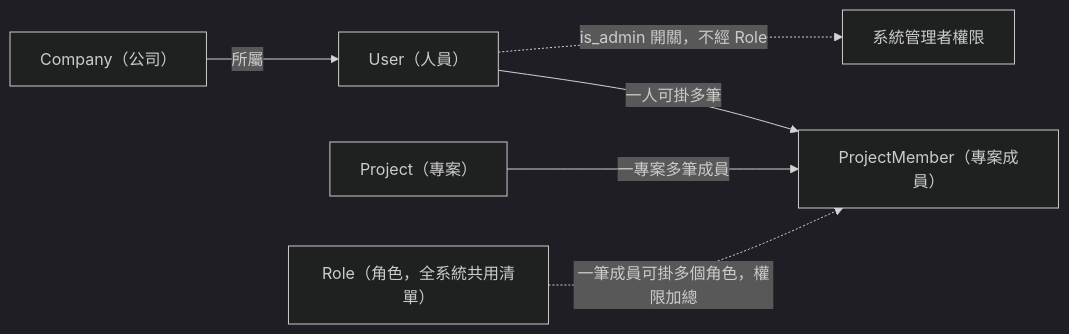
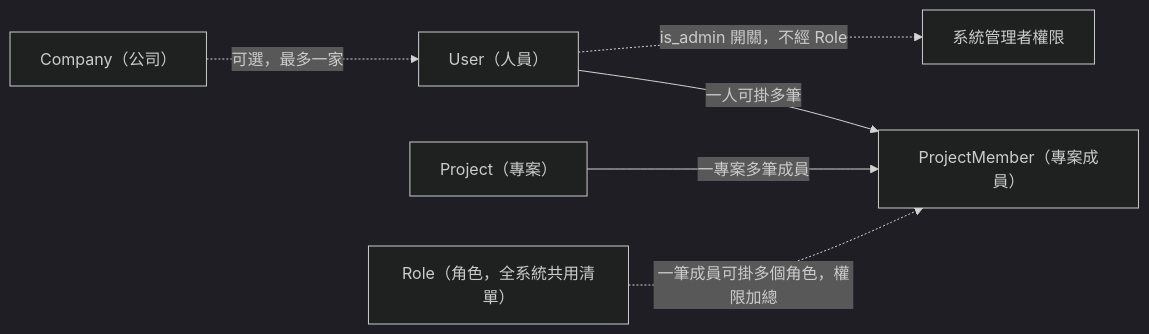
Before and after one commit to speko-tw/inspect-flow: the first of 9 diagrams in docs/intents/01-overview.md, drawn with Mermaid (dark theme). The commit also changed other lines of this file and 3 other files, not shown here.

````diff
--- a/docs/intents/01-overview.md
+++ b/docs/intents/01-overview.md
@@ -41,8 +41,8 @@
 ```mermaid
 flowchart LR
-  Company["Company（公司）"] -->|所屬| User["User（人員）"]
+  Company["Company（公司）"] -.->|可選，最多一家| User["User（人員）"]
   User -->|一人可掛多筆| ProjectMember["ProjectMember（專案成員）"]
   Project["Project（專案）"] -->|一專案多筆成員| ProjectMember
   Role["Role（角色，全系統共用清單）"] -.->|一筆成員可掛多個角色，權限加總| ProjectMember
   User -.->|is_admin 開關，不經 Role| Admin["系統管理者權限"]
 ```
````
